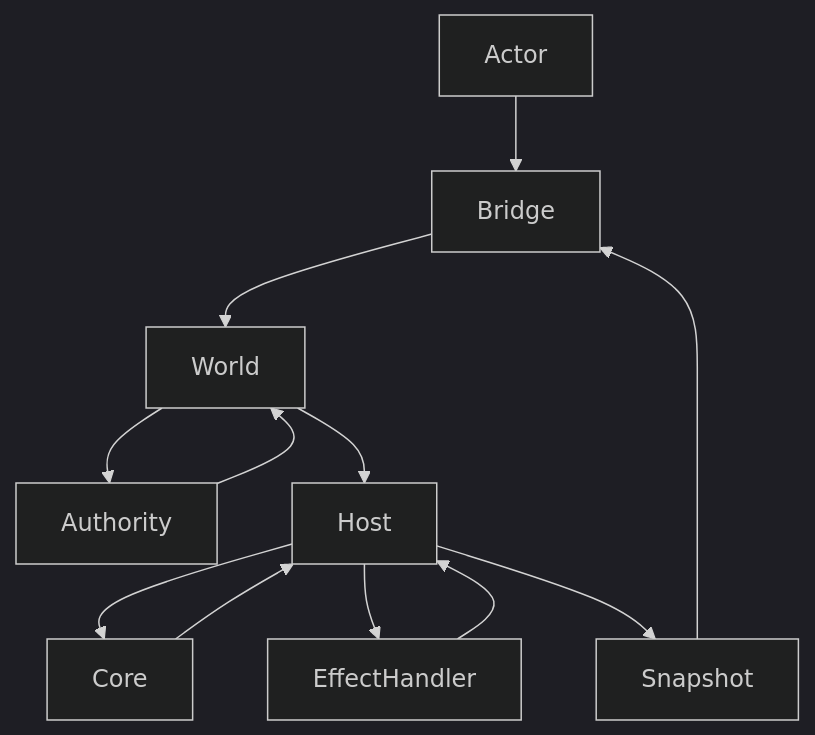
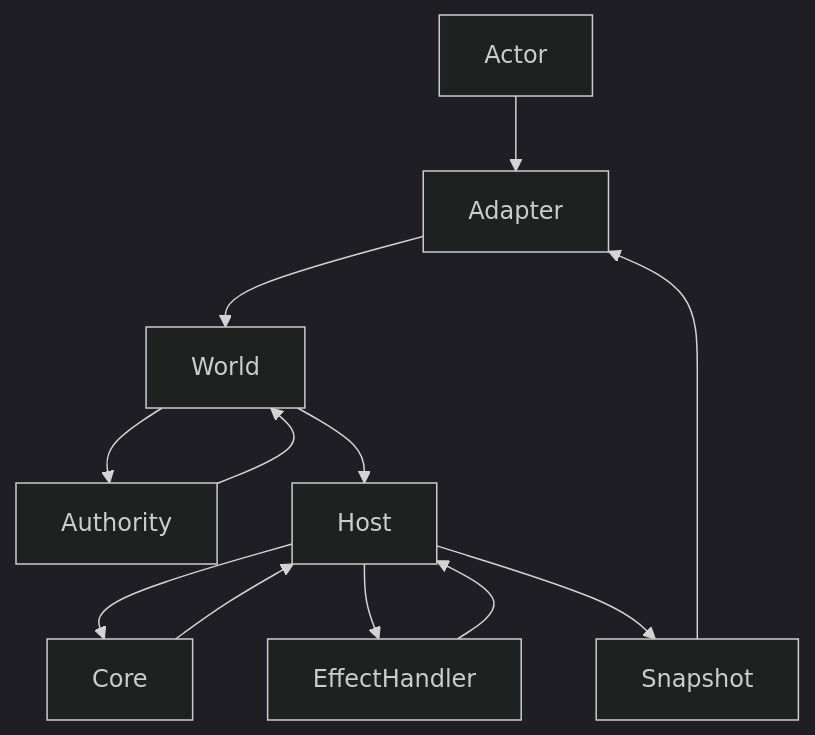
One commit to sh827kim/manifasto4j changed the diagram in docs/ko/book/03-sequence.md. Above: the diagram before and after it, drawn with Mermaid (dark theme). The commit also changed other lines of this file and 48 other files, not shown here.

````diff
--- a/docs/ko/book/03-sequence.md
+++ b/docs/ko/book/03-sequence.md
@@ -12,23 +12,23 @@
 ```mermaid
 flowchart TD
   Actor[Actor]
-  Bridge[Bridge]
+  Adapter[Adapter]
   World[World]
   Authority[Authority]
   Host[Host]
   Core[Core]
   Effect[EffectHandler]
   Snapshot[Snapshot]
 
-  Actor --> Bridge
-  Bridge --> World
+  Actor --> Adapter
+  Adapter --> World
   World --> Authority
   Authority --> World
   World --> Host
   Host --> Core
   Core --> Host
   Host --> Effect
   Effect --> Host
   Host --> Snapshot
-  Snapshot --> Bridge
+  Snapshot --> Adapter
 ```
````
